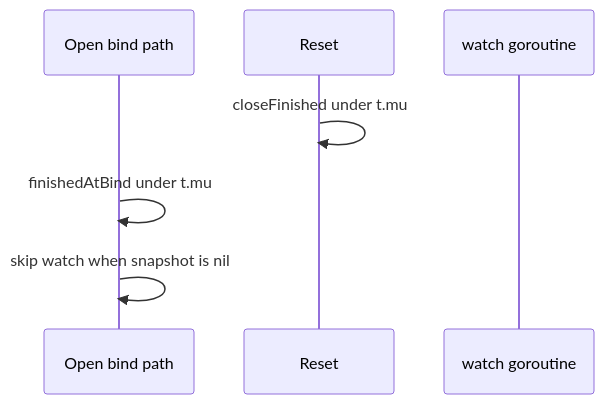
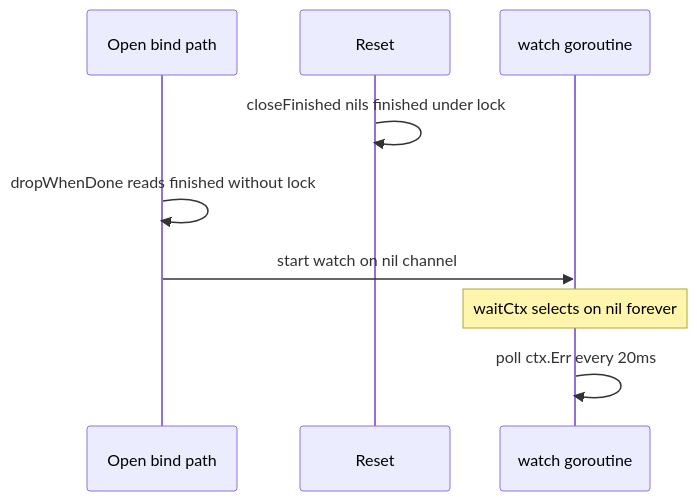
Before and after one commit to david-garcia-garcia/traefik-middleware-utilities: the diagram in devstate/2026/09/2026-09-14-reclaim-bug-finished-race-lock-defer/card.md, drawn with Mermaid. The commit also changed other lines of this file and 9 other files, not shown here.

Commit message:
chore(2026-09-14-reclaim-bug-finished-race-lock-defer): code review axes and card

````diff
--- a/devstate/2026/09/2026-09-14-reclaim-bug-finished-race-lock-defer/card.md
+++ b/devstate/2026/09/2026-09-14-reclaim-bug-finished-race-lock-defer/card.md
@@ -21,9 +21,11 @@
 ```mermaid
 sequenceDiagram
     participant Open as Open bind path
     participant Reset as Reset
     participant Watch as watch goroutine
-    Reset->>Reset: closeFinished under t.mu
-    Open->>Open: finishedAtBind under t.mu
-    Open->>Open: skip watch when snapshot is nil
+    Reset->>Reset: closeFinished nils finished under lock
+    Open->>Open: dropWhenDone reads finished without lock
+    Open->>Watch: start watch on nil channel
+    Note over Watch: waitCtx selects on nil forever
+    Watch->>Watch: poll ctx.Err every 20ms
 ```
````
